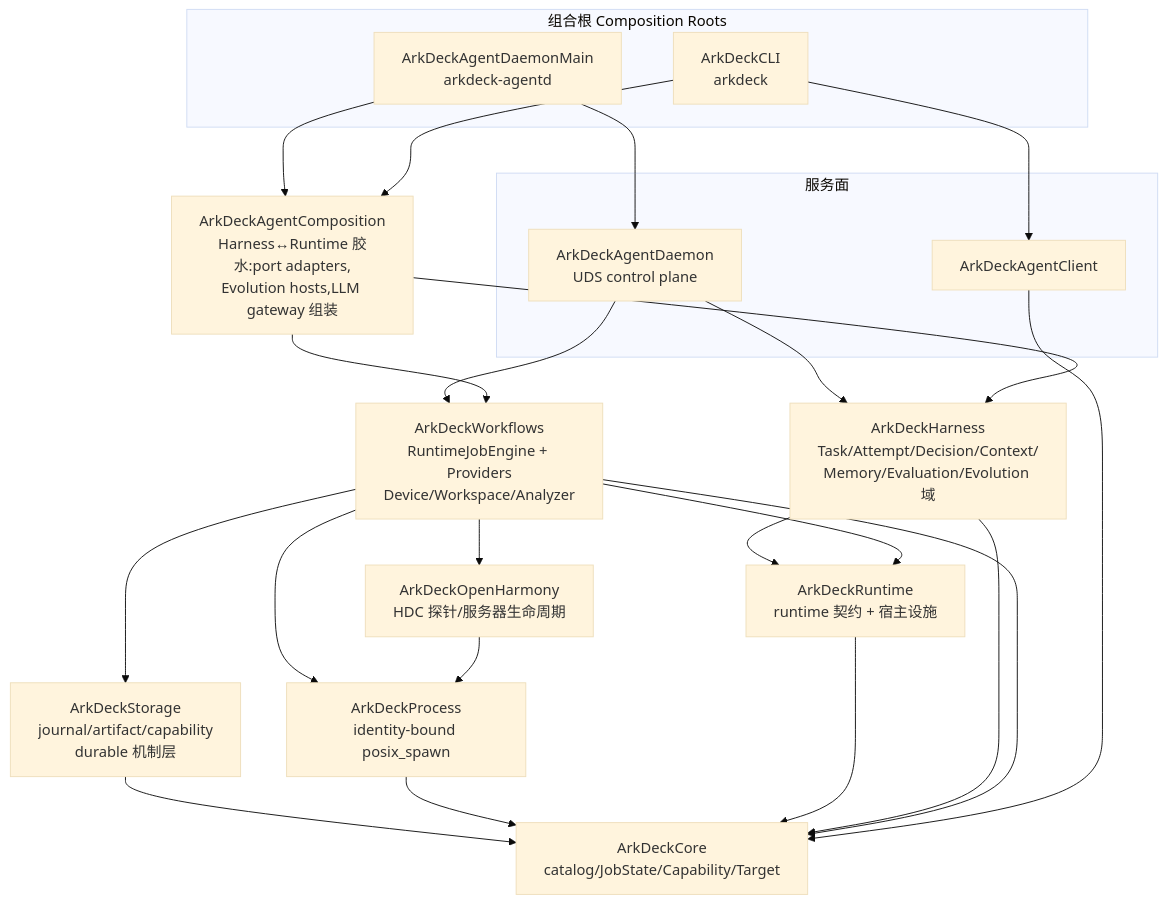
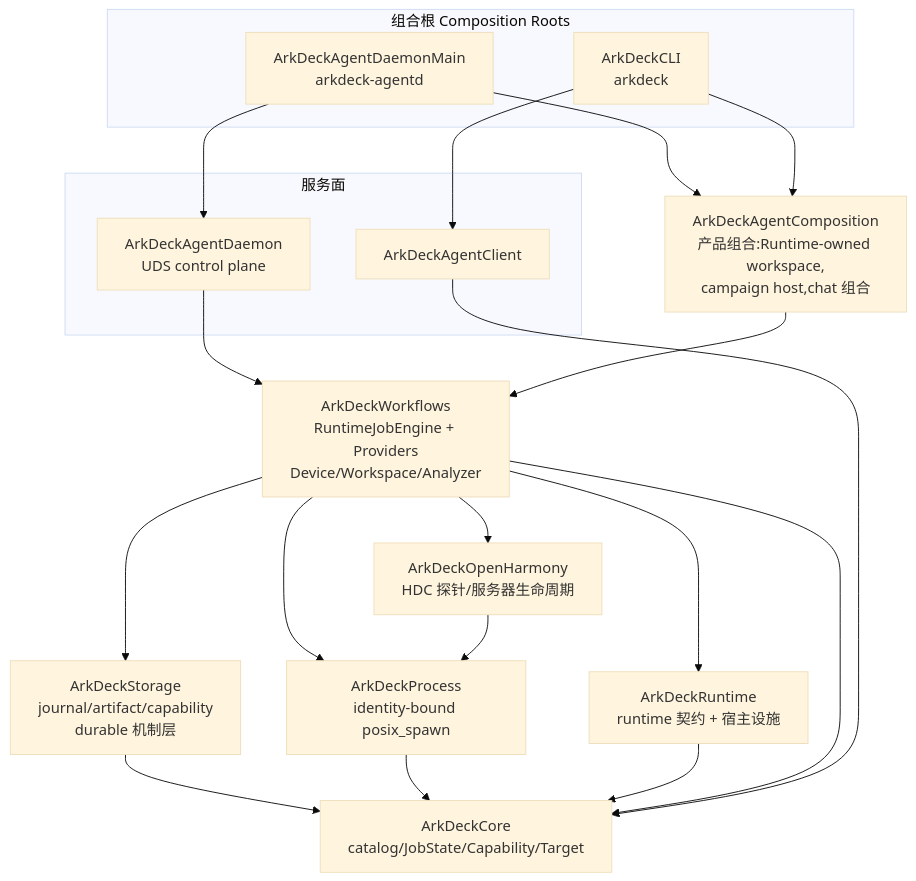
One commit to ArkDeck/ArkDeck changed the diagram in docs/ArchitectureRules.md. Above: the diagram before and after it, drawn with Mermaid (base theme). The commit also changed other lines of this file and 99 other files, not shown here.

````diff
--- a/docs/ArchitectureRules.md
+++ b/docs/ArchitectureRules.md
@@ -27,40 +24,35 @@
 ```mermaid
 graph TD
     subgraph 组合根 Composition Roots
         DMAIN[ArkDeckAgentDaemonMain<br/>arkdeck-agentd]
         CLI[ArkDeckCLI<br/>arkdeck]
     end
     subgraph 服务面
         DAEMON[ArkDeckAgentDaemon<br/>UDS control plane]
         CLIENT[ArkDeckAgentClient]
     end
-    COMP[ArkDeckAgentComposition<br/>Harness↔Runtime 胶水:port adapters,<br/>Evolution hosts,LLM gateway 组装]
-    HARNESS[ArkDeckHarness<br/>Task/Attempt/Decision/Context/<br/>Memory/Evaluation/Evolution 域]
+    COMP[ArkDeckAgentComposition<br/>产品组合:Runtime-owned workspace,<br/>campaign host,chat 组合]
     WORKFLOWS[ArkDeckWorkflows<br/>RuntimeJobEngine + Providers<br/>Device/Workspace/Analyzer]
     STORAGE[ArkDeckStorage<br/>journal/artifact/capability<br/>durable 机制层]
     OH[ArkDeckOpenHarmony<br/>HDC 探针/服务器生命周期]
     PROC[ArkDeckProcess<br/>identity-bound posix_spawn]
     RT[ArkDeckRuntime<br/>runtime 契约 + 宿主设施]
     CORE[ArkDeckCore<br/>catalog/JobState/Capability/Target]
 
     DMAIN --> DAEMON
     DMAIN --> COMP
     CLI --> COMP
     CLI --> CLIENT
-    DAEMON --> HARNESS
     DAEMON --> WORKFLOWS
-    COMP --> HARNESS
     COMP --> WORKFLOWS
-    HARNESS --> RT
     WORKFLOWS --> OH
     WORKFLOWS --> STORAGE
     WORKFLOWS --> PROC
     WORKFLOWS --> RT
     OH --> PROC
     STORAGE --> CORE
     PROC --> CORE
     RT --> CORE
-    HARNESS --> CORE
     WORKFLOWS --> CORE
     CLIENT --> CORE
 ```
````
